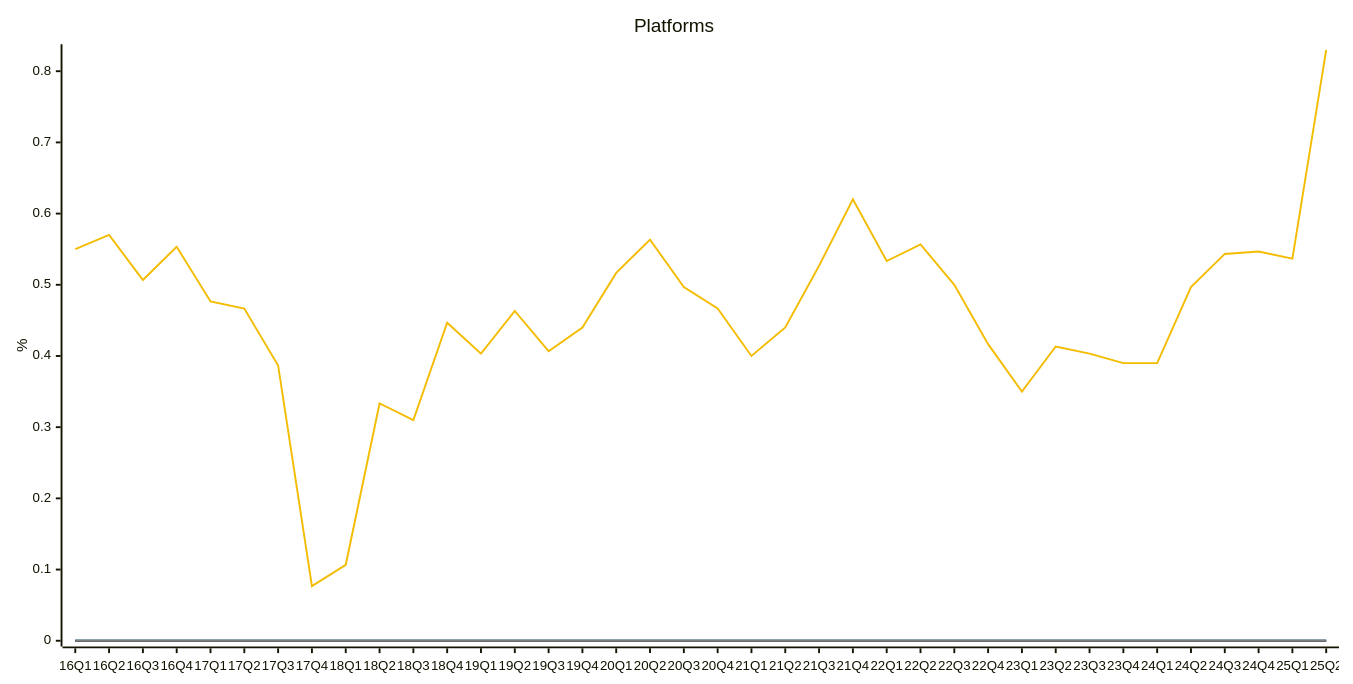
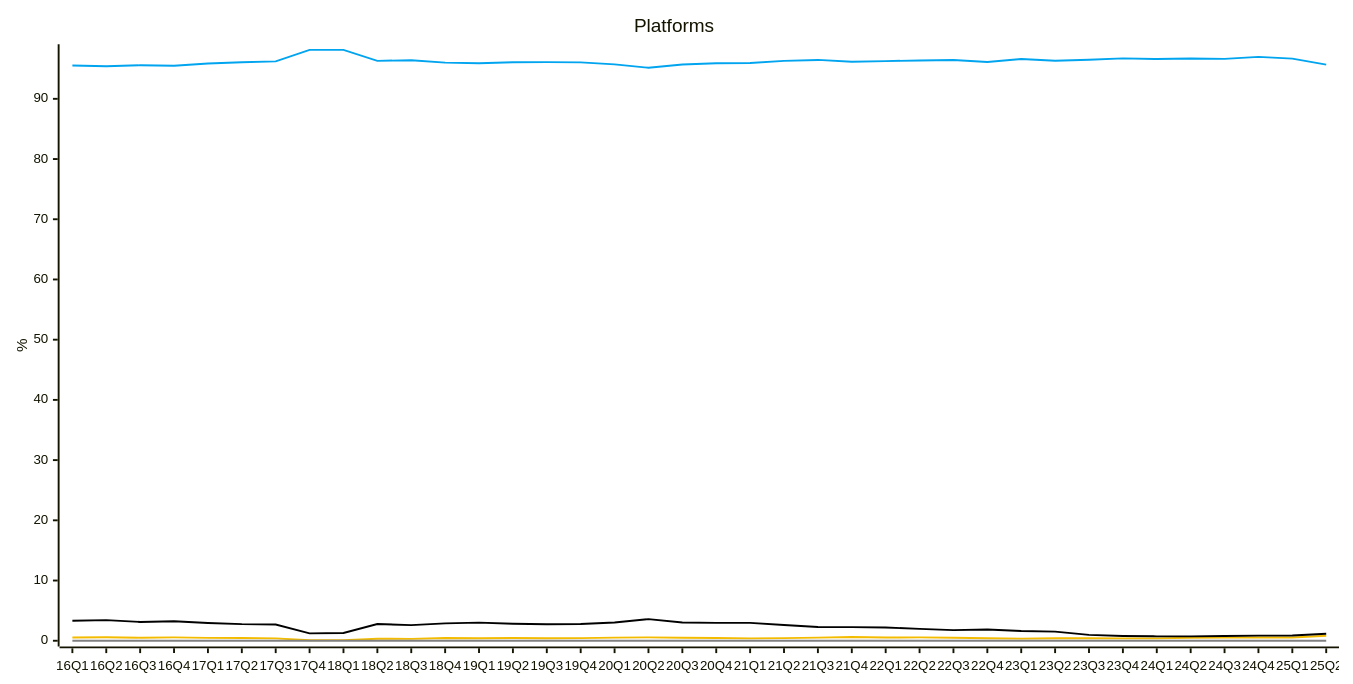
One commit to jdegene/steamHWsurvey changed the tenth of 20 diagrams in README.md. Above: the diagram before and after it, drawn with Mermaid. The commit also changed 1 other file, not shown here.

Commit message:
added overall OS stats

````diff
--- a/README.md
+++ b/README.md
@@ -322,22 +322,22 @@
 ```mermaid
 ---
 config:
     xyChart:
         width: 1400
         height: 700
         
     themeVariables:
         xyChart:
             plotColorPalette: "#00A4EF,#F4BC00,#000000,#808080"
 
 --- 
 
 xychart-beta
     title "Platforms"
     x-axis [16Q1, 16Q2, 16Q3, 16Q4, 17Q1, 17Q2, 17Q3, 17Q4, 18Q1, 18Q2, 18Q3, 18Q4, 19Q1, 19Q2, 19Q3, 19Q4, 20Q1, 20Q2, 20Q3, 20Q4, 21Q1, 21Q2, 21Q3, 21Q4, 22Q1, 22Q2, 22Q3, 22Q4, 23Q1, 23Q2, 23Q3, 23Q4, 24Q1, 24Q2, 24Q3, 24Q4, 25Q1, 25Q2]
     y-axis "%" 
-    line [0, 0, 0, 0, 0, 0, 0, 0, 0, 0, 0, 0, 0, 0, 0, 0, 0, 0, 0, 0, 0, 0, 0, 0, 0, 0, 0, 0, 0, 0, 0, 0, 0, 0, 0, 0, 0, 0]
+    line [95.54666666666667, 95.41666666666666, 95.57666666666668, 95.50333333333333, 95.87, 96.06666666666666, 96.22333333333334, 98.12333333333333, 98.13333333333333, 96.31, 96.41333333333333, 96.01, 95.90333333333334, 96.07333333333334, 96.08666666666666, 96.05, 95.71666666666667, 95.16, 95.69666666666666, 95.91333333333333, 95.94333333333334, 96.30666666666666, 96.46, 96.16333333333333, 96.26666666666667, 96.37, 96.45666666666666, 96.12666666666667, 96.62, 96.32333333333332, 96.49666666666667, 96.71333333333332, 96.61000000000001, 96.7, 96.63333333333334, 96.96333333333334, 96.68333333333334, 95.69000000000001]
     line [0.55, 0.5700000000000001, 0.5066666666666666, 0.5533333333333333, 0.4766666666666666, 0.46666666666666673, 0.3866666666666666, 0.07666666666666667, 0.10666666666666667, 0.33333333333333337, 0.31, 0.44666666666666666, 0.4033333333333333, 0.4633333333333334, 0.4066666666666666, 0.44, 0.5166666666666666, 0.5633333333333334, 0.4966666666666667, 0.46666666666666673, 0.4, 0.44, 0.5266666666666667, 0.62, 0.5333333333333333, 0.5566666666666666, 0.5, 0.4166666666666667, 0.35, 0.41333333333333333, 0.4033333333333333, 0.38999999999999996, 0.38999999999999996, 0.4966666666666667, 0.5433333333333334, 0.5466666666666665, 0.5366666666666666, 0.83]
-    line [0, 0, 0, 0, 0, 0, 0, 0, 0, 0, 0, 0, 0, 0, 0, 0, 0, 0, 0, 0, 0, 0, 0, 0, 0, 0, 0, 0, 0, 0, 0, 0, 0, 0, 0, 0, 0, 0]
+    line [3.3099999999999996, 3.423333333333333, 3.1166666666666667, 3.2366666666666664, 2.94, 2.753333333333333, 2.7, 1.23, 1.2799999999999998, 2.7700000000000005, 2.5900000000000003, 2.8933333333333335, 3.013333333333333, 2.833333333333333, 2.7466666666666666, 2.7766666666666664, 3.0366666666666666, 3.5833333333333335, 3.04, 2.9733333333333336, 2.97, 2.6066666666666665, 2.29, 2.26, 2.2, 1.9733333333333336, 1.76, 1.8699999999999999, 1.6099999999999999, 1.5133333333333332, 0.98, 0.8, 0.7333333333333333, 0.7333333333333333, 0.7833333333333333, 0.8499999999999999, 0.8599999999999999, 1.17]
     line [0, 0, 0, 0, 0, 0, 0, 0, 0, 0, 0, 0, 0, 0, 0, 0, 0, 0, 0, 0, 0, 0, 0, 0, 0, 0, 0, 0, 0, 0, 0, 0, 0, 0, 0, 0, 0, 0]
 ``` 
````
